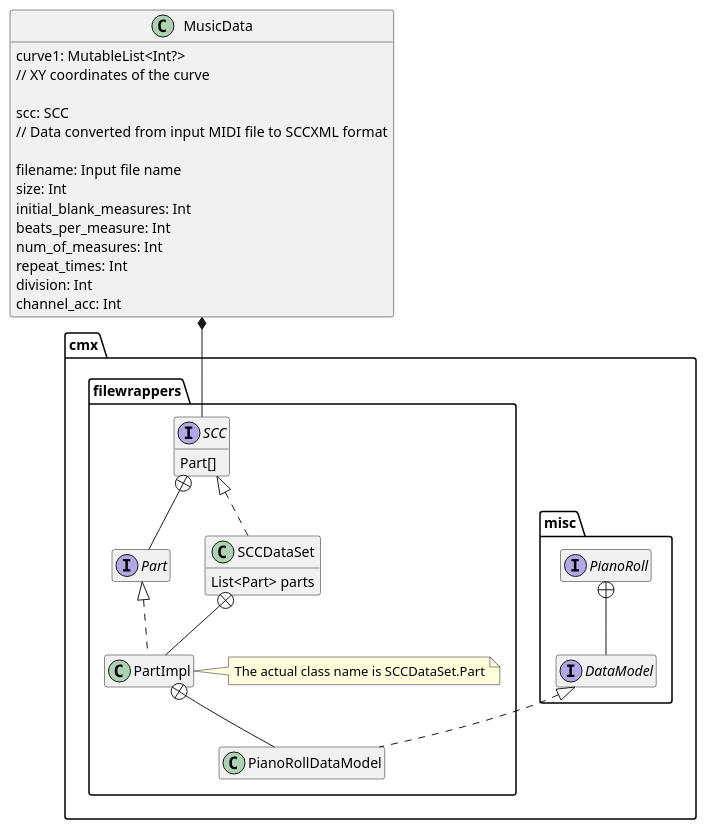
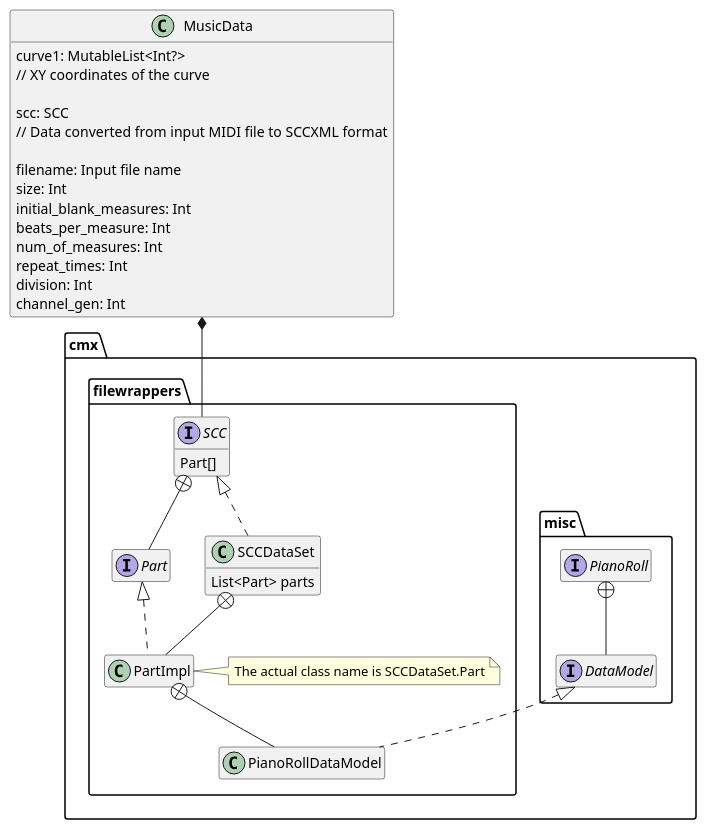
Before and after one commit to kitaharalab/JamSketch: the diagram in diagrams/JamSketch-Class-MusicData.puml, drawn with PlantUML. The commit also changed 27 other files, not shown here.

```diff
--- a/diagrams/JamSketch-Class-MusicData.puml
+++ b/diagrams/JamSketch-Class-MusicData.puml
@@ -1,48 +1,48 @@
 @startuml
 'https://plantuml.com/class-diagram
 hide empty members
 
 class MusicData {
     curve1: MutableList<Int?>
     // XY coordinates of the curve
 
     scc: SCC
     // Data converted from input MIDI file to SCCXML format
 
     filename: Input file name
     size: Int
     initial_blank_measures: Int
     beats_per_measure: Int
     num_of_measures: Int
     repeat_times: Int
     division: Int
-    channel_acc: Int
+    channel_gen: Int
 }
 
 package "cmx.misc" {
     interface PianoRoll {
     }
     interface DataModel
     PianoRoll +-- DataModel
 }
 package "cmx.filewrappers" {
     interface SCC {
         Part[]
     }
     interface Part
     SCC +-- Part
     class SCCDataSet implements SCC {
         List<Part> parts
     }
     class PartImpl implements Part
     SCCDataSet +-- PartImpl
     note right of PartImpl
         The actual class name is SCCDataSet.Part
     end note
     class PianoRollDataModel implements cmx.misc.DataModel
     PartImpl +-- PianoRollDataModel
 }
 
 MusicData *-- SCC
 
 @enduml
```
